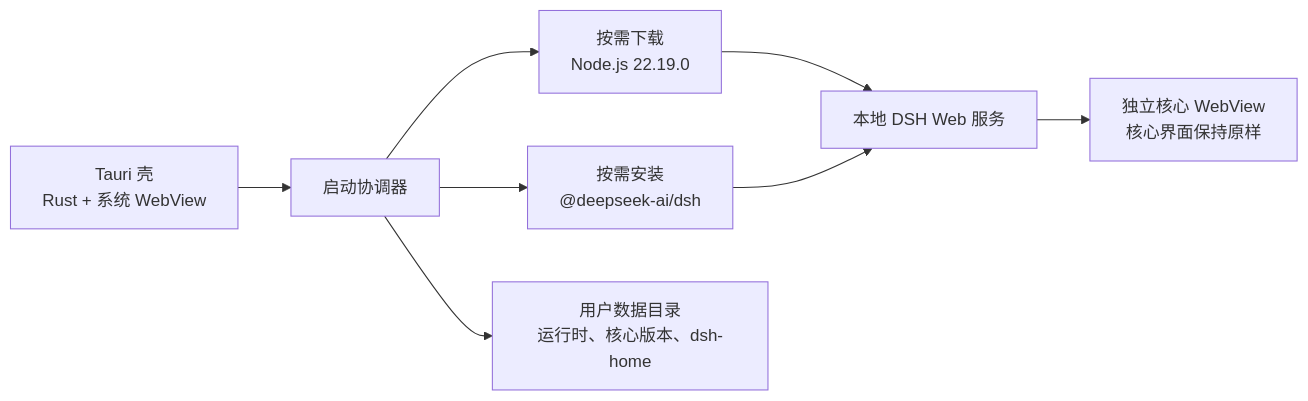
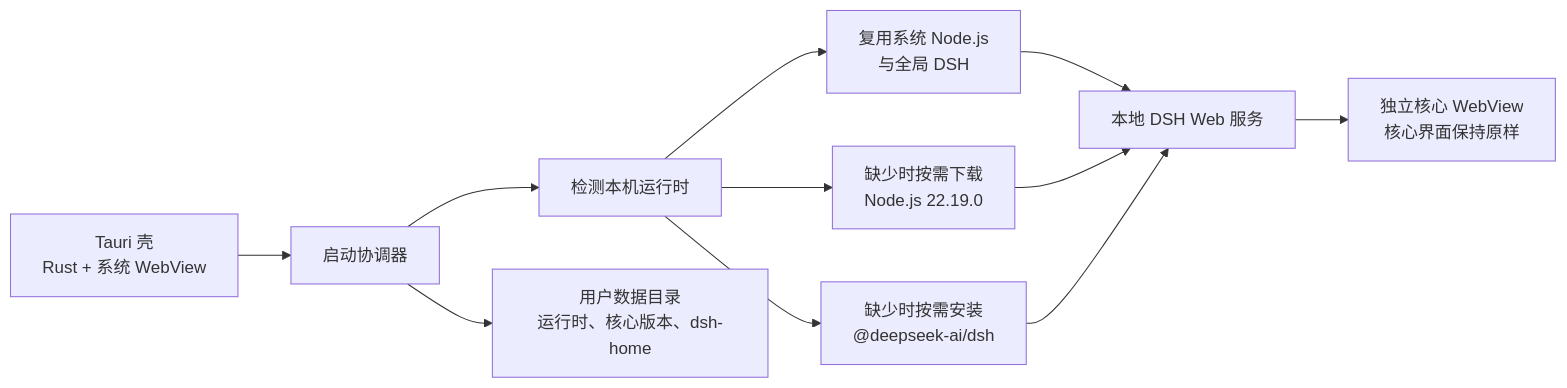
The diagram in README.md (isunky/DSH-Desktop), drawn with Mermaid before and after one commit. The commit also changed other lines of this file and 9 other files, not shown here.

````diff
--- a/README.md
+++ b/README.md
@@ -39,10 +39,13 @@
 ```mermaid
 flowchart LR
     Shell["Tauri 壳<br/>Rust + 系统 WebView"] --> Boot["启动协调器"]
-    Boot --> Node["按需下载<br/>Node.js 22.19.0"]
-    Boot --> Core["按需安装<br/>@deepseek-ai/dsh"]
+    Boot --> Detect["检测本机运行时"]
+    Detect --> System["复用系统 Node.js<br/>与全局 DSH"]
+    Detect --> Node["缺少时按需下载<br/>Node.js 22.19.0"]
+    Detect --> Core["缺少时按需安装<br/>@deepseek-ai/dsh"]
+    System --> Service["本地 DSH Web 服务"]
     Node --> Service["本地 DSH Web 服务"]
     Core --> Service
     Service --> UI["独立核心 WebView<br/>核心界面保持原样"]
     Boot --> Data["用户数据目录<br/>运行时、核心版本、dsh-home"]
 ```
````
